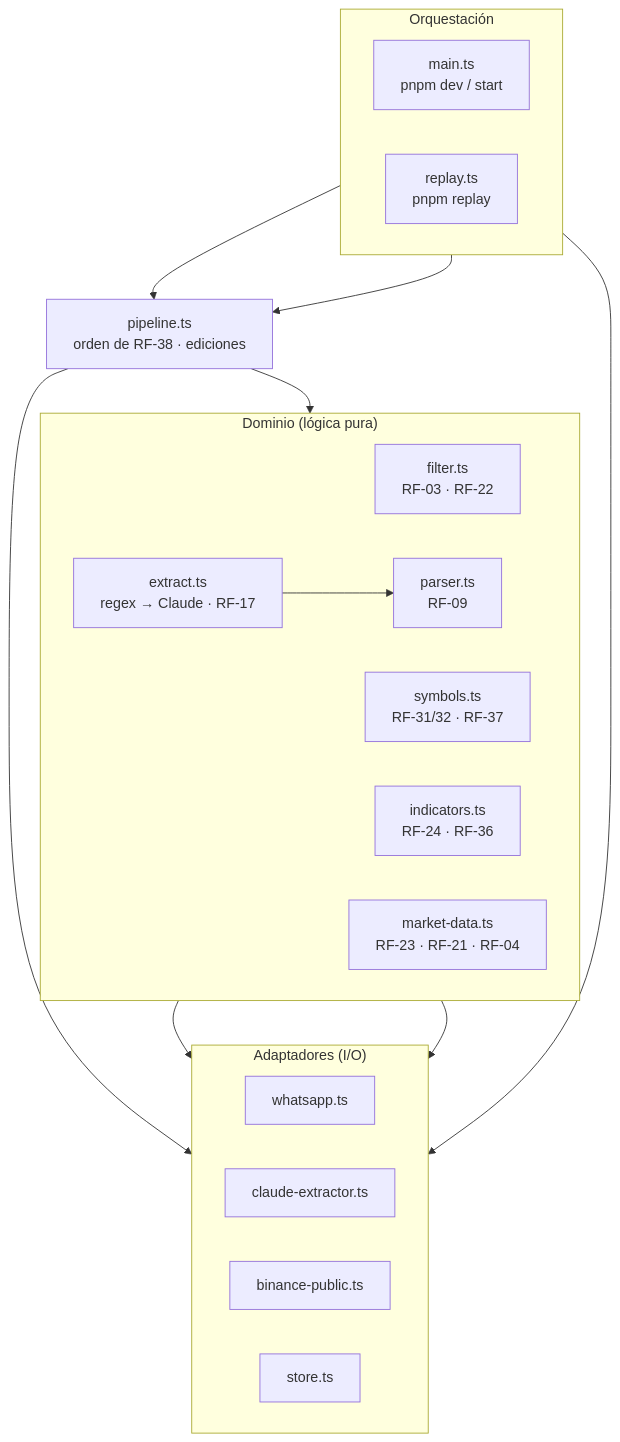
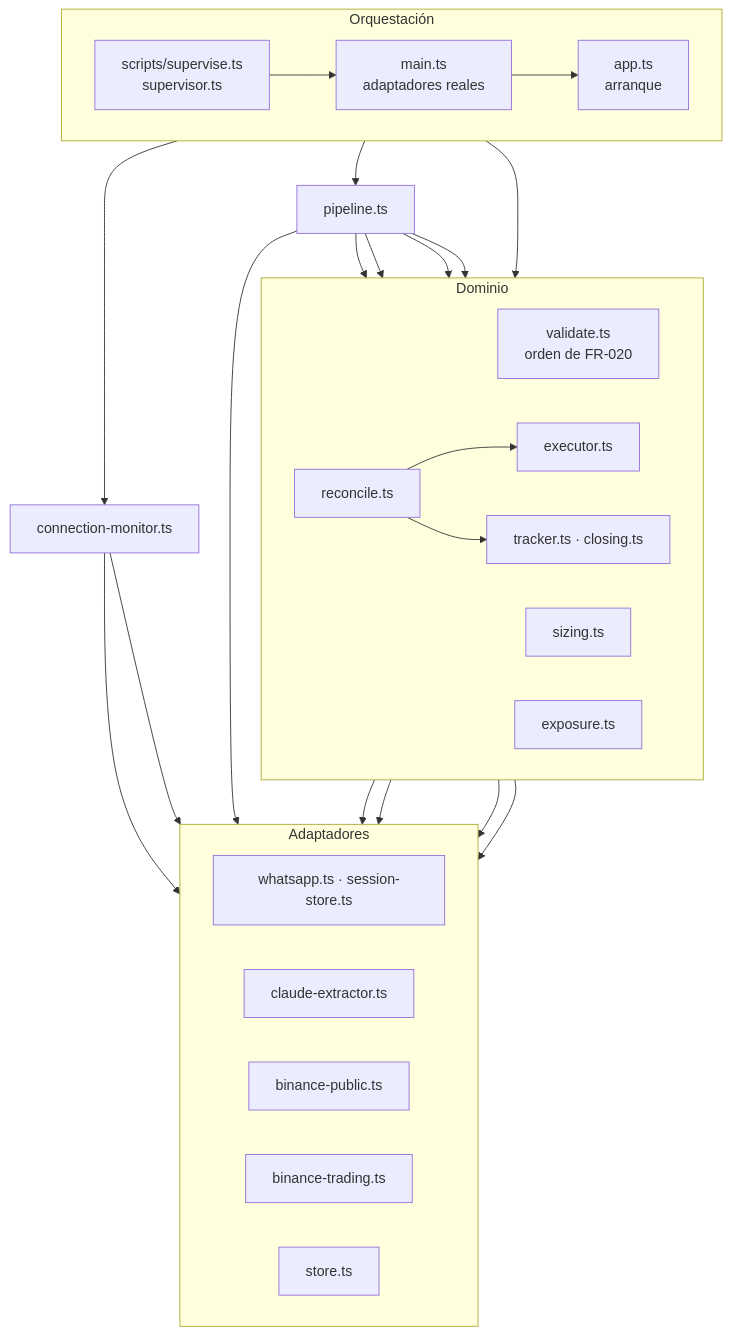
Before and after one commit to oespinola/v4: the second of 4 diagrams in docs/arquitectura.md, drawn with Mermaid. The commit also changed other lines of this file and 1 other file, not shown here.

Commit message:
docs(arquitectura): estado real con carga, seguimiento, reconciliación, supervisor y sesión cifrada (T084)

````diff
--- a/docs/arquitectura.md
+++ b/docs/arquitectura.md
@@ -34,33 +47,43 @@
 ```mermaid
 flowchart TB
   subgraph ORQ["Orquestación"]
     direction LR
-    main["main.ts<br/>pnpm dev / start"]
-    replay["replay.ts<br/>pnpm replay"]
+    sup["scripts/supervise.ts<br/>supervisor.ts"]
+    main["main.ts<br/>adaptadores reales"]
+    app["app.ts<br/>arranque"]
   end
-  subgraph DOM["Dominio (lógica pura)"]
+  subgraph DOM["Dominio"]
     direction LR
-    filter["filter.ts<br/>RF-03 · RF-22"]
-    extract["extract.ts<br/>regex → Claude · RF-17"]
-    parser["parser.ts<br/>RF-09"]
-    symbols["symbols.ts<br/>RF-31/32 · RF-37"]
-    indicators["indicators.ts<br/>RF-24 · RF-36"]
-    ranking["market-data.ts<br/>RF-23 · RF-21 · RF-04"]
+    validate["validate.ts<br/>orden de FR-020"]
+    sizing["sizing.ts"]
+    exposure["exposure.ts"]
+    executor["executor.ts"]
+    tracker["tracker.ts · closing.ts"]
+    reconcile["reconcile.ts"]
   end
-  subgraph ADP["Adaptadores (I/O)"]
+  subgraph ADP["Adaptadores"]
     direction LR
-    wa["whatsapp.ts"]
+    wa["whatsapp.ts · session-store.ts"]
     cl["claude-extractor.ts"]
-    bn["binance-public.ts"]
+    bp["binance-public.ts"]
+    bt["binance-trading.ts"]
     st["store.ts"]
   end
-  main --> wa
-  main --> pipeline
-  replay --> pipeline
-  pipeline["pipeline.ts<br/>orden de RF-38 · ediciones"]
-  pipeline --> DOM
-  extract --> parser
-  extract --> cl
-  ranking --> bn
+  sup --> main --> app
+  app --> pipeline["pipeline.ts"]
+  app --> reconcile
+  app --> monitor["connection-monitor.ts"]
+  pipeline --> validate
+  pipeline --> sizing
+  pipeline --> exposure
+  pipeline --> executor
+  reconcile --> executor
+  reconcile --> tracker
+  validate --> cl
+  validate --> bp
+  executor --> bt
+  tracker --> bt
+  monitor --> wa
+  monitor --> bt
   pipeline --> st
 ```
````
